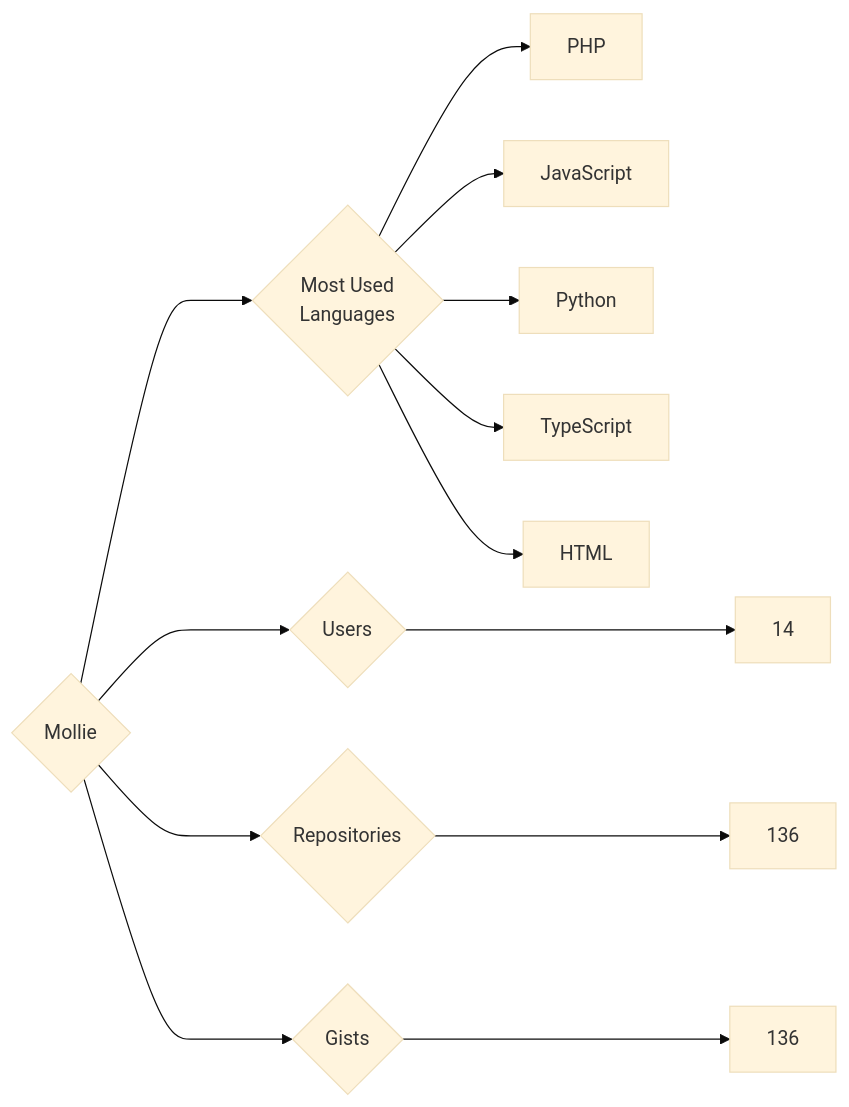
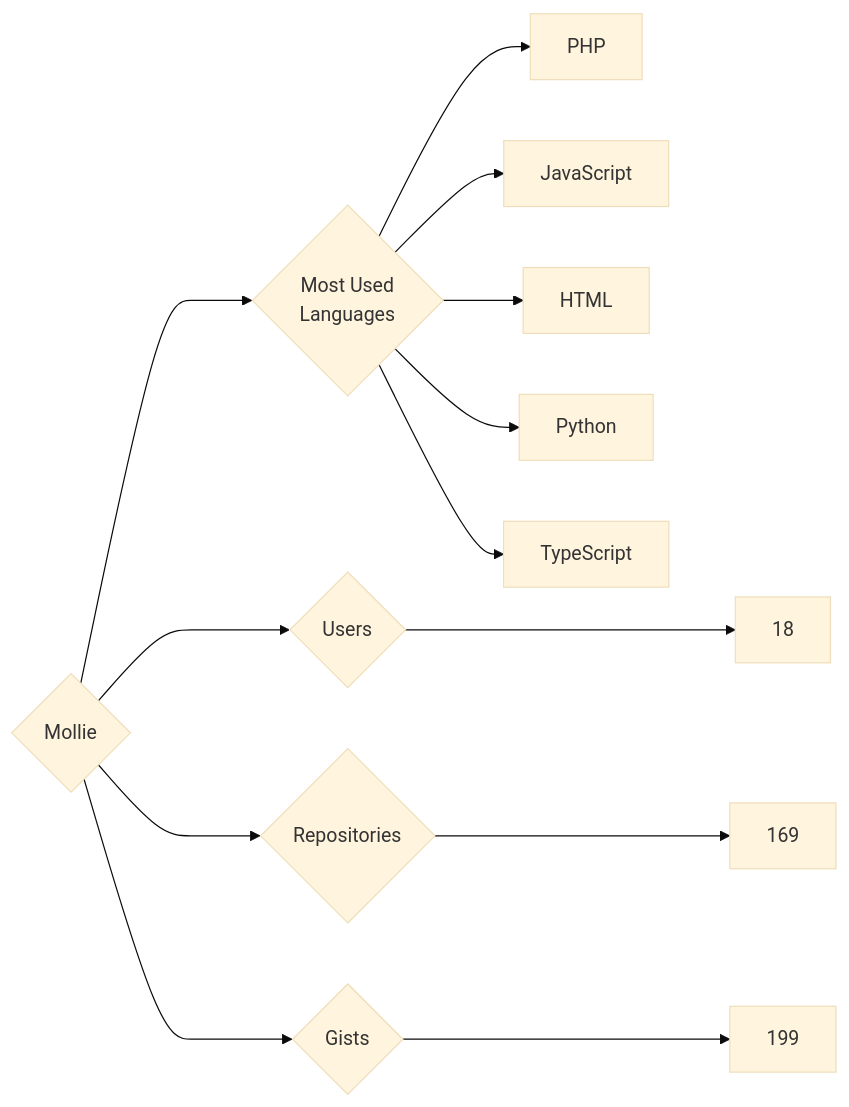
Before and after one commit to trickest/insiders: the diagram in targets/Mollie/README.md, drawn with Mermaid (base theme). The commit also changed 1011 other files, not shown here.

````diff
--- a/targets/Mollie/README.md
+++ b/targets/Mollie/README.md
@@ -3,13 +3,13 @@
 ```mermaid
 graph LR
 COMPANY_NAME{Mollie}
-COMPANY_NAME ---> U{Users} ---> UN[14]
-COMPANY_NAME ---> R{Repositories} ---> RN[136]
-COMPANY_NAME ---> G{Gists} ---> GN[136]
+COMPANY_NAME ---> U{Users} ---> UN[18]
+COMPANY_NAME ---> R{Repositories} ---> RN[169]
+COMPANY_NAME ---> G{Gists} ---> GN[199]
 COMPANY_NAME ---> ML{Most Used<br>Languages}
 ML --> PHP[PHP]
 ML --> JavaScript[JavaScript]
+ML --> HTML[HTML]
 ML --> Python[Python]
 ML --> TypeScript[TypeScript]
-ML --> HTML[HTML]
 ```
````
